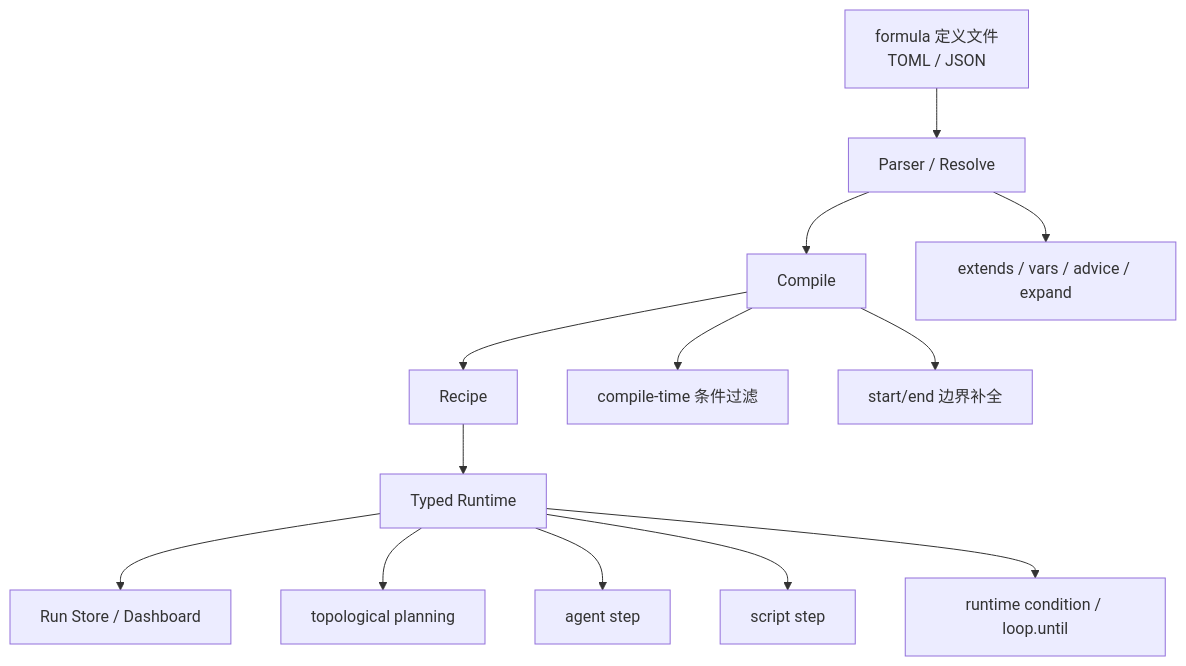
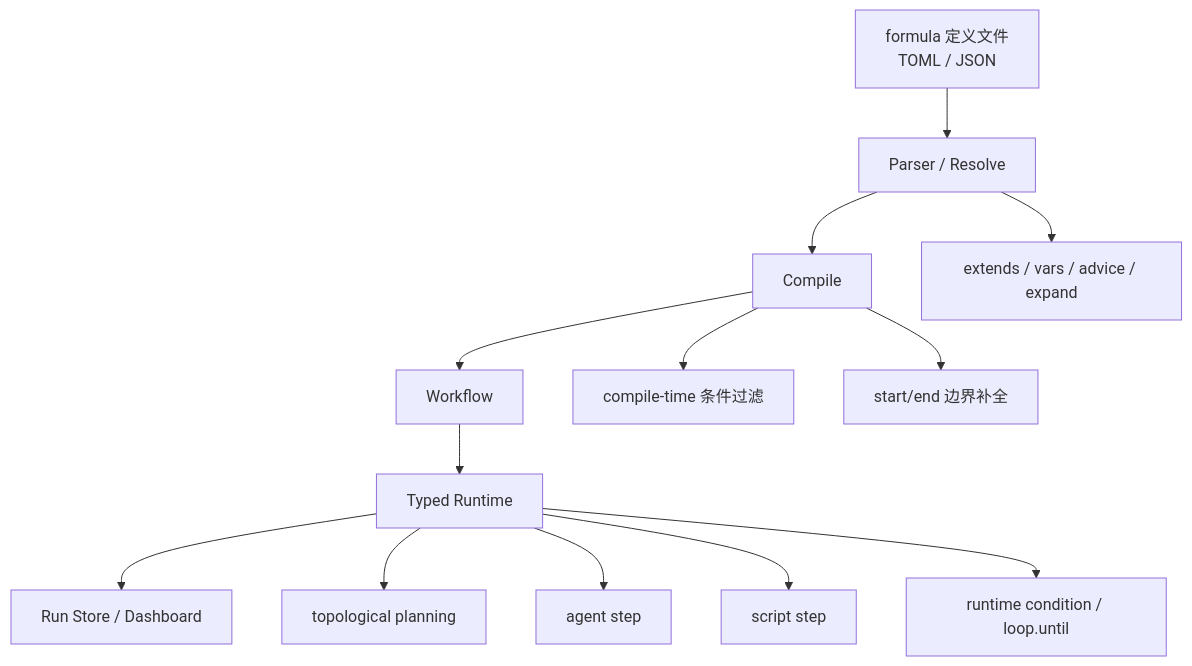
The seventh of 7 diagrams in ai-docs/architecture.md (sjzsdu/tt), drawn with Mermaid before and after one commit. The commit also changed other lines of this file and 19 other files, not shown here.

````diff
--- a/ai-docs/architecture.md
+++ b/ai-docs/architecture.md
@@ -172,16 +172,16 @@
 ```mermaid
 flowchart TD
     A[formula 定义文件\nTOML / JSON] --> B[Parser / Resolve]
     B --> C[Compile]
-    C --> D[Recipe]
+    C --> D[Workflow]
     D --> E[Typed Runtime]
     E --> F[Run Store / Dashboard]
 
     B --> B1[extends / vars / advice / expand]
     C --> C1[compile-time 条件过滤]
     C --> C2[start/end 边界补全]
     E --> E1[topological planning]
     E --> E2[agent step]
     E --> E3[script step]
     E --> E4[runtime condition / loop.until]
 ```
````
